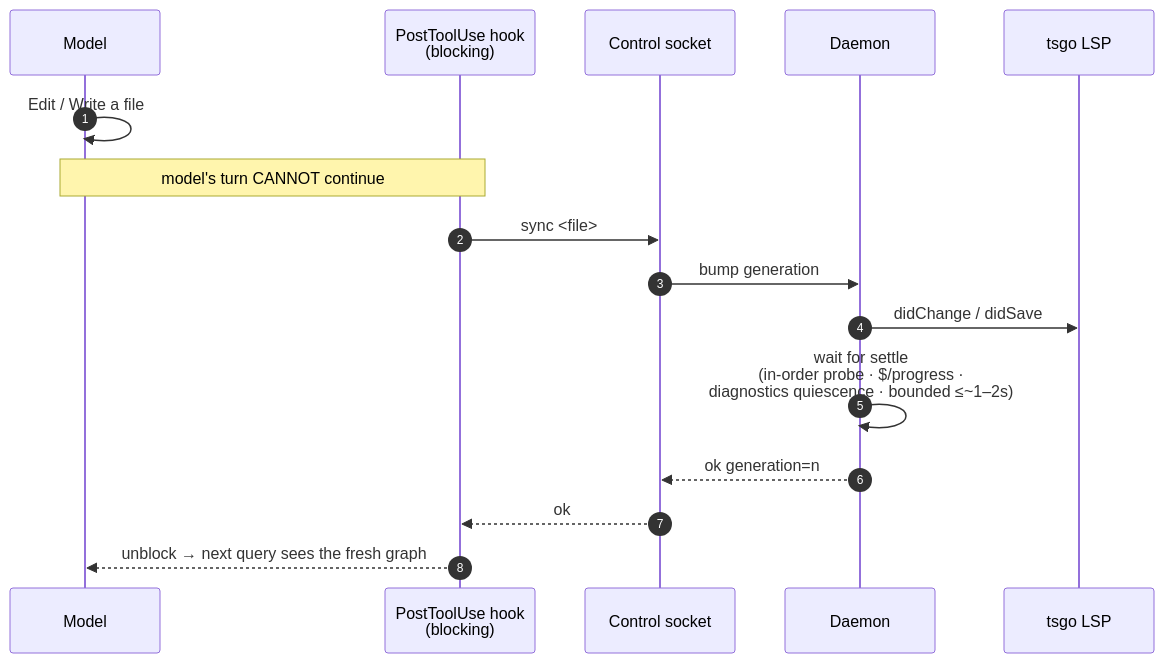
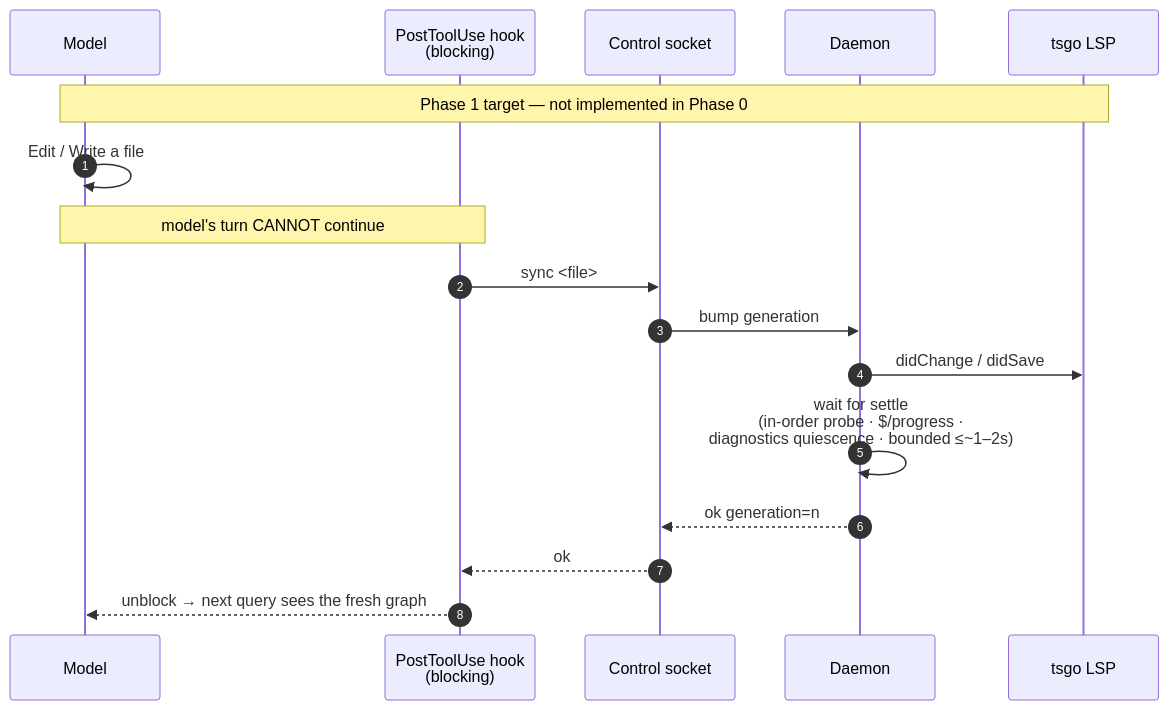
Before and after one commit to skflowne/portolan: the third of 6 diagrams in ARCHITECTURE.md, drawn with Mermaid. The commit also changed other lines of this file and 2 other files, not shown here.

````diff
--- a/ARCHITECTURE.md
+++ b/ARCHITECTURE.md
@@ -166,19 +171,20 @@
 ```mermaid
 sequenceDiagram
     autonumber
     participant M as Model
     participant H as PostToolUse hook<br/>(blocking)
     participant C as Control socket
     participant D as Daemon
     participant G as tsgo LSP
 
+    Note over M,G: Phase 1 target — not implemented in Phase 0
     M->>M: Edit / Write a file
     Note over M,H: model's turn CANNOT continue
     H->>C: sync <file>
     C->>D: bump generation
     D->>G: didChange / didSave
     D->>D: wait for settle<br/>(in-order probe · $/progress ·<br/>diagnostics quiescence · bounded ≤~1–2s)
     D-->>C: ok generation=n
     C-->>H: ok
     H-->>M: unblock → next query sees the fresh graph
 ```
````
